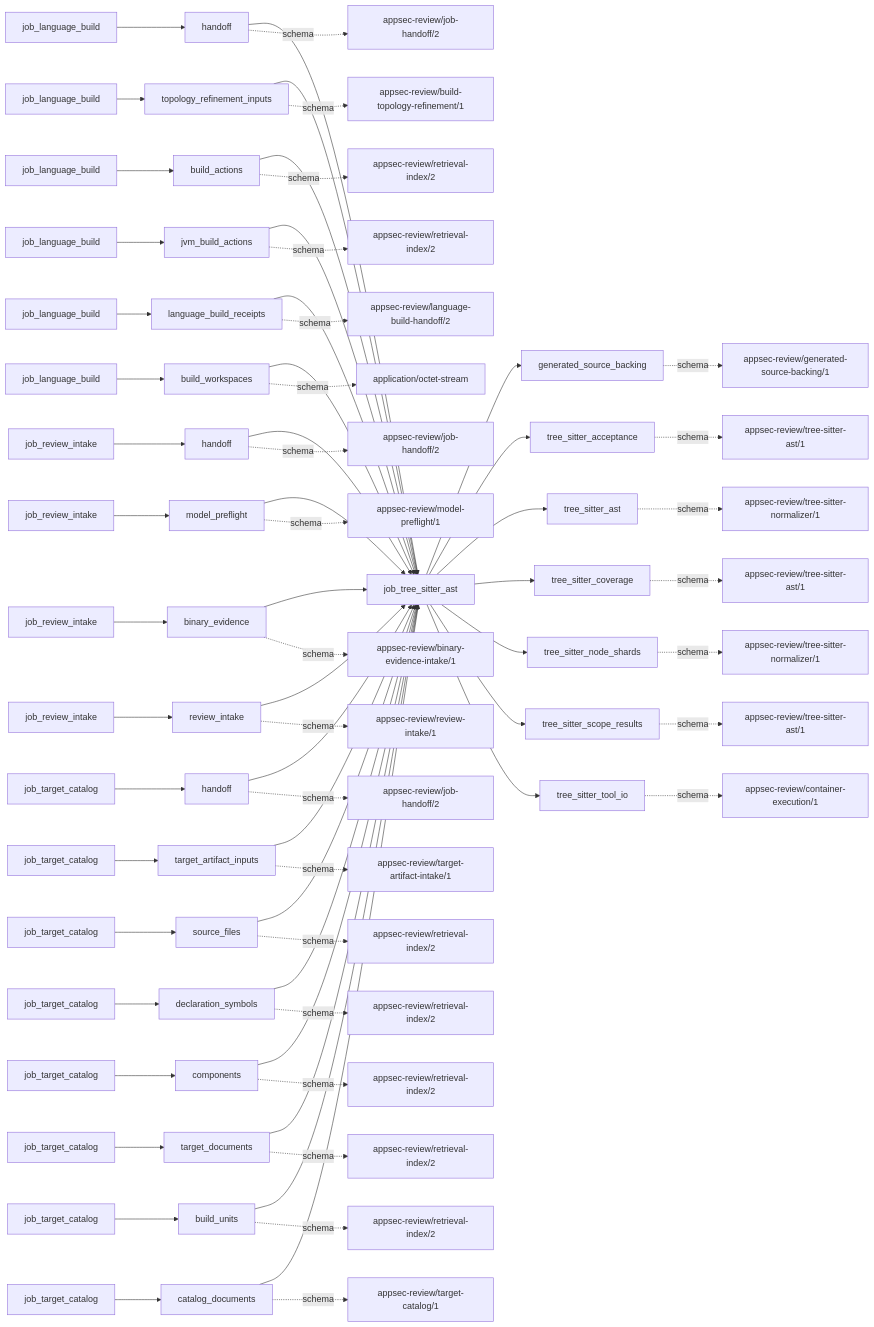
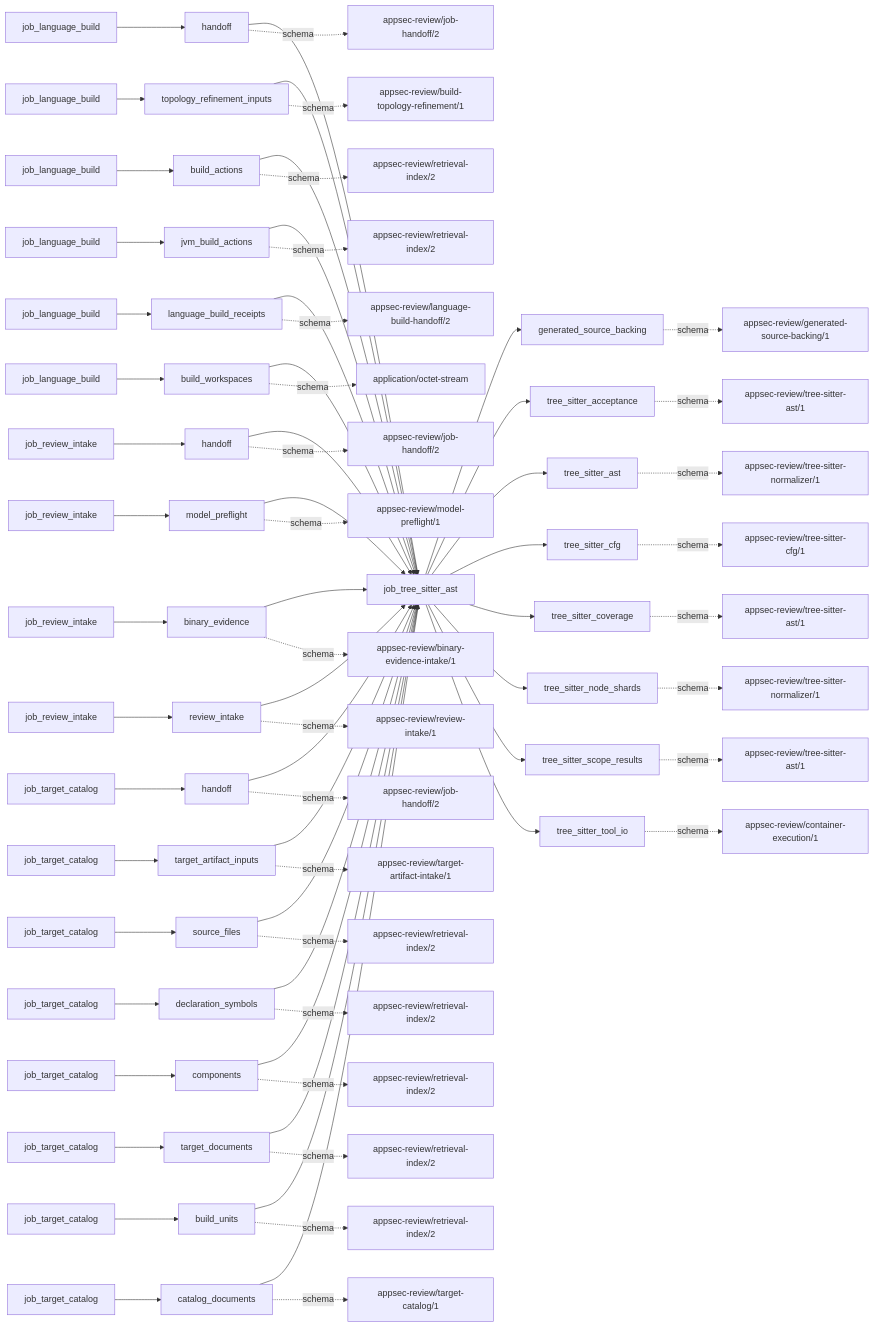
The first of 2 diagrams in docs/operations/job_tree_sitter_ast.md (wsollers/appsec-review), drawn with Mermaid before and after one commit. The commit also changed other lines of this file and 45 other files, not shown here.

First line of the commit message:
docs: reconcile T-168..T-176 registries, architecture diagrams, and generated docs

````diff
--- a/docs/operations/job_tree_sitter_ast.md
+++ b/docs/operations/job_tree_sitter_ast.md
@@ -197,20 +198,24 @@
   output_schema2["appsec-review/tree-sitter-normalizer/1"]
   job --> output2
   output2 -. schema .-> output_schema2
-  output3["tree_sitter_coverage"]
-  output_schema3["appsec-review/tree-sitter-ast/1"]
+  output3["tree_sitter_cfg"]
+  output_schema3["appsec-review/tree-sitter-cfg/1"]
   job --> output3
   output3 -. schema .-> output_schema3
-  output4["tree_sitter_node_shards"]
-  output_schema4["appsec-review/tree-sitter-normalizer/1"]
+  output4["tree_sitter_coverage"]
+  output_schema4["appsec-review/tree-sitter-ast/1"]
   job --> output4
   output4 -. schema .-> output_schema4
-  output5["tree_sitter_scope_results"]
-  output_schema5["appsec-review/tree-sitter-ast/1"]
+  output5["tree_sitter_node_shards"]
+  output_schema5["appsec-review/tree-sitter-normalizer/1"]
   job --> output5
   output5 -. schema .-> output_schema5
-  output6["tree_sitter_tool_io"]
-  output_schema6["appsec-review/container-execution/1"]
+  output6["tree_sitter_scope_results"]
+  output_schema6["appsec-review/tree-sitter-ast/1"]
   job --> output6
   output6 -. schema .-> output_schema6
+  output7["tree_sitter_tool_io"]
+  output_schema7["appsec-review/container-execution/1"]
+  job --> output7
+  output7 -. schema .-> output_schema7
 ```
````
